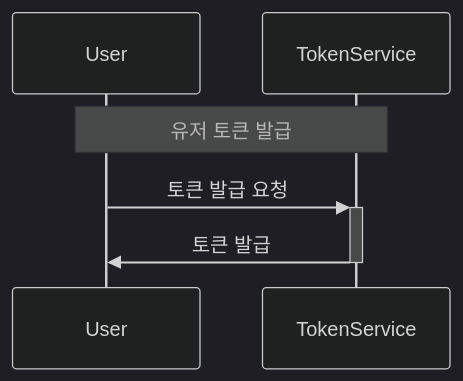
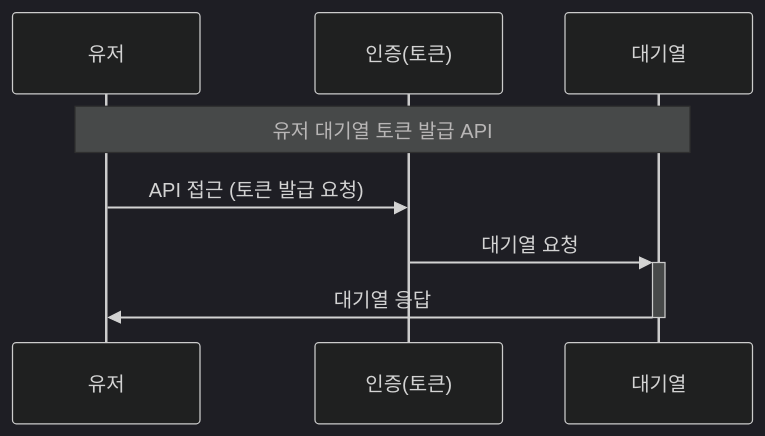
Before and after one commit to tak-tack/hhplus-3th-reserve: the first of 4 diagrams in read.md, drawn with Mermaid (dark theme). The commit also changed other lines of this file, not shown here.

Commit message:
2024-07-03 시퀀스 다이어그램 수정

````diff
--- a/read.md
+++ b/read.md
@@ -2,12 +4,12 @@
 ```mermaid
 sequenceDiagram
-    participant User
-    participant TokenService
+    participant 유저
+    participant 인증(토큰)
+    participant 대기열
 
-    Note over  User, TokenService : 유저 토큰 발급
-    User ->>+ TokenService : 토큰 발급 요청
-    TokenService->>-User: 토큰 발급
-
-
+    Note over  유저, 대기열 : 유저 대기열 토큰 발급 API
+    유저 ->> 인증(토큰) :  API 접근 (토큰 발급 요청)
+    인증(토큰) ->>+ 대기열: 대기열 요청
+    대기열 ->>- 유저 : 대기열 응답
 
 ```
````
